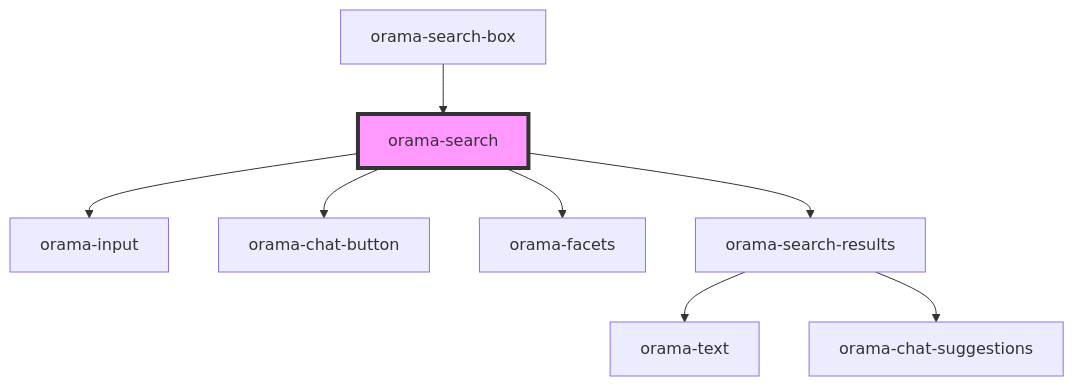
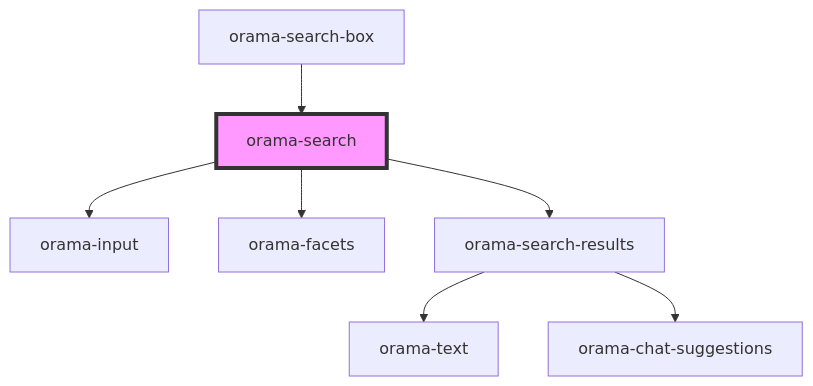
Before and after one commit to askorama/orama-ui-components: the diagram in packages/ui-stencil/src/components/internal/orama-search/readme.md, drawn with Mermaid. The commit also changed other lines of this file and 37 other files, not shown here.

````diff
--- a/packages/ui-stencil/src/components/internal/orama-search/readme.md
+++ b/packages/ui-stencil/src/components/internal/orama-search/readme.md
@@ -33,11 +34,10 @@
 ```mermaid
 graph TD;
   orama-search --> orama-input
-  orama-search --> orama-chat-button
   orama-search --> orama-facets
   orama-search --> orama-search-results
   orama-search-results --> orama-text
   orama-search-results --> orama-chat-suggestions
   orama-search-box --> orama-search
   style orama-search fill:#f9f,stroke:#333,stroke-width:4px
 ```
````
